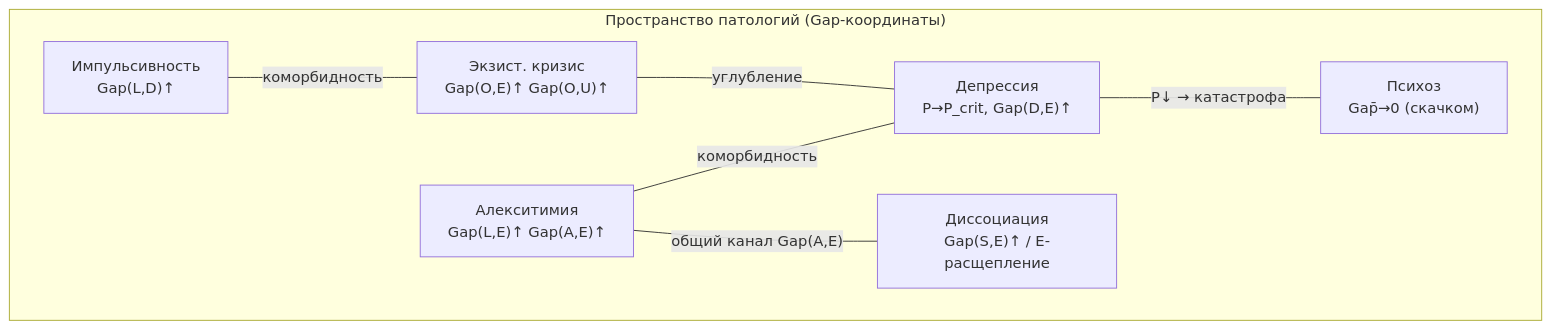
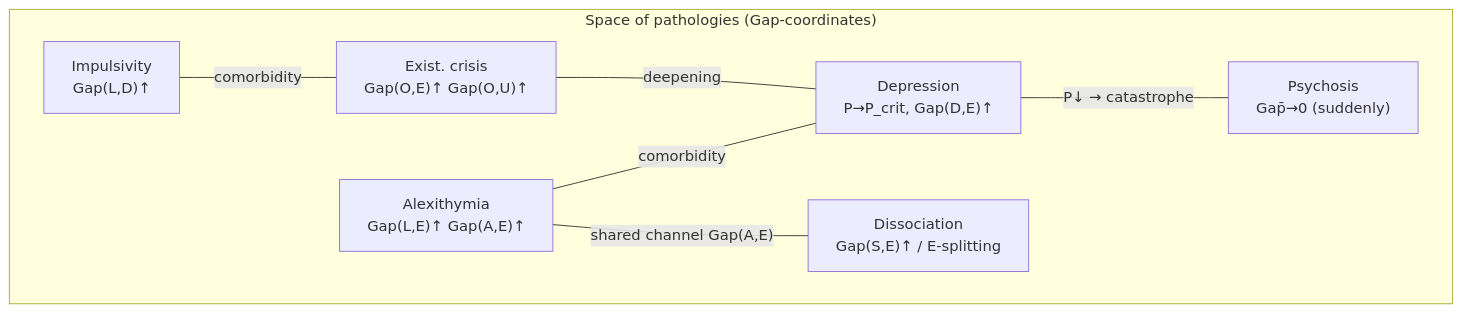
Before and after one commit to gst-st/uhm: the first of 2 diagrams in website/docs/consciousness/states/pathological.md, drawn with Mermaid. The commit also changed other lines of this file and 79 other files, not shown here.

````diff
--- a/website/docs/consciousness/states/pathological.md
+++ b/website/docs/consciousness/states/pathological.md
@@ -432,17 +432,17 @@
 ```mermaid
 graph TD
-    subgraph SPACE["Пространство патологий (Gap-координаты)"]
-        AL["Алекситимия<br/>Gap(L,E)↑ Gap(A,E)↑"]
-        DIS["Диссоциация<br/>Gap(S,E)↑ / E-расщепление"]
-        IMP["Импульсивность<br/>Gap(L,D)↑"]
-        EX["Экзист. кризис<br/>Gap(O,E)↑ Gap(O,U)↑"]
-        DEP["Депрессия<br/>P→P_crit, Gap(D,E)↑"]
-        PSY["Психоз<br/>Gap̄→0 (скачком)"]
+    subgraph SPACE["Space of pathologies (Gap-coordinates)"]
+        AL["Alexithymia<br/>Gap(L,E)↑ Gap(A,E)↑"]
+        DIS["Dissociation<br/>Gap(S,E)↑ / E-splitting"]
+        IMP["Impulsivity<br/>Gap(L,D)↑"]
+        EX["Exist. crisis<br/>Gap(O,E)↑ Gap(O,U)↑"]
+        DEP["Depression<br/>P→P_crit, Gap(D,E)↑"]
+        PSY["Psychosis<br/>Gap̄→0 (suddenly)"]
     end
 
-    AL ---|"коморбидность"| DEP
-    IMP ---|"коморбидность"| EX
-    AL ---|"общий канал Gap(A,E)"| DIS
-    DEP ---|"P↓ → катастрофа"| PSY
-    EX ---|"углубление"| DEP
+    AL ---|"comorbidity"| DEP
+    IMP ---|"comorbidity"| EX
+    AL ---|"shared channel Gap(A,E)"| DIS
+    DEP ---|"P↓ → catastrophe"| PSY
+    EX ---|"deepening"| DEP
 ```
````
